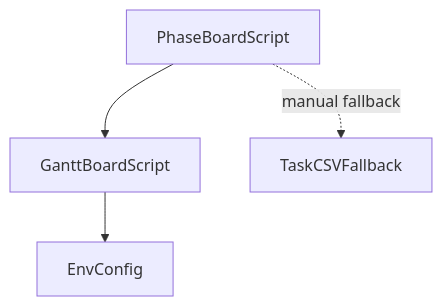
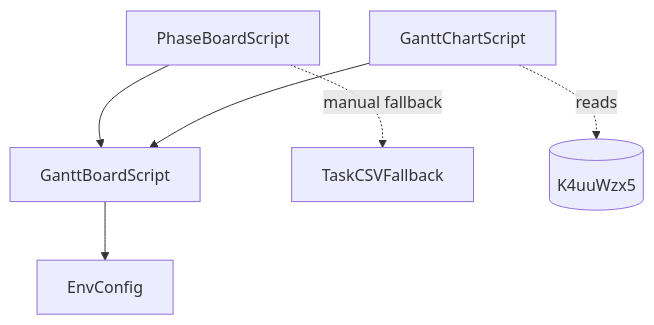
The diagram in ARCHITECTURE.md (ALPHAMAN-0/Trello_SRE), drawn with Mermaid before and after one commit. The commit also changed other lines of this file and 5 other files, not shown here.

First line of the commit message:
Add read-only Gantt chart generator for the Shasroy Bazaar board

````diff
--- a/ARCHITECTURE.md
+++ b/ARCHITECTURE.md
@@ -21,6 +25,8 @@
 ```mermaid
 flowchart TD
     PhaseBoardScript --> GanttBoardScript
     GanttBoardScript --> EnvConfig
     PhaseBoardScript -.manual fallback.-> TaskCSVFallback
+    GanttChartScript --> GanttBoardScript
+    GanttChartScript -.reads.-> ShasroyBazaarBoard[(K4uuWzx5)]
 ```
````
